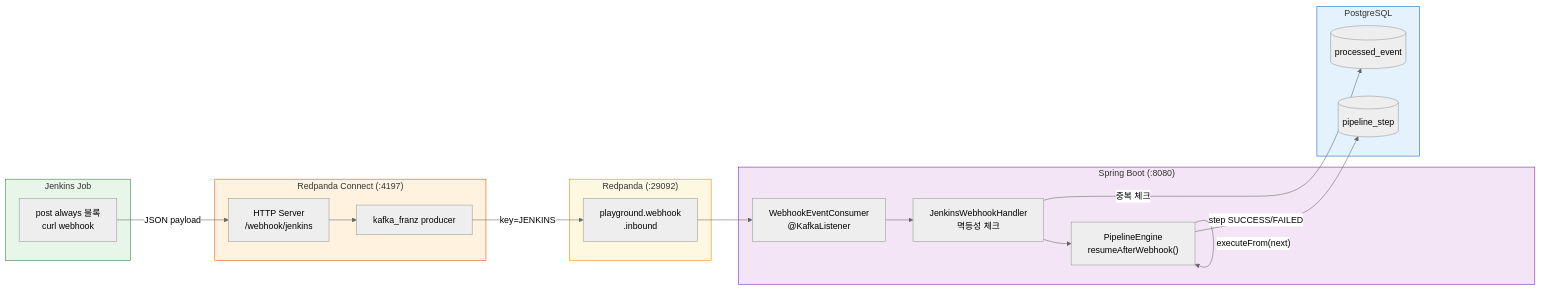
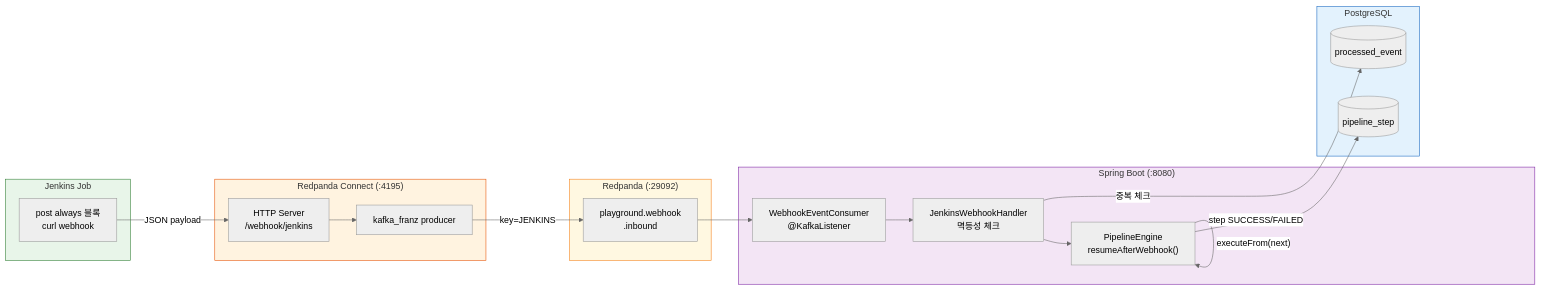
The fifth of 8 diagrams in docs/architecture.md (scofe97/Redpanda-PlayGround), drawn with Mermaid (neutral theme) before and after one commit. The commit also changed other lines of this file and 20 other files, not shown here.

````diff
--- a/docs/architecture.md
+++ b/docs/architecture.md
@@ -486,42 +486,42 @@
 ```mermaid
 flowchart LR
     subgraph Jenkins["Jenkins Job"]
         Post["post always 블록<br/>curl webhook"]
     end
 
-    subgraph Connect["Redpanda Connect (:4197)"]
+    subgraph Connect["Redpanda Connect (:4195)"]
         HTTP["HTTP Server<br/>/webhook/jenkins"]
         Produce["kafka_franz producer"]
     end
 
     subgraph Redpanda["Redpanda (:29092)"]
         Topic["playground.webhook<br/>.inbound"]
     end
 
     subgraph Spring["Spring Boot (:8080)"]
         WC["WebhookEventConsumer<br/>@KafkaListener"]
         WH["JenkinsWebhookHandler<br/>멱등성 체크"]
         PE["PipelineEngine<br/>resumeAfterWebhook()"]
     end
 
     subgraph DB["PostgreSQL"]
         Idempotent[(processed_event)]
         Steps[(pipeline_step)]
     end
 
     Post -->|"JSON payload"| HTTP
     HTTP --> Produce
     Produce -->|"key=JENKINS"| Topic
     Topic --> WC
     WC --> WH
     WH -->|"중복 체크"| Idempotent
     WH --> PE
     PE -->|"step SUCCESS/FAILED"| Steps
     PE -->|"executeFrom(next)"| PE
 
     style Jenkins fill:#e8f5e9,stroke:#2e7d32,color:#333
     style Connect fill:#fff3e0,stroke:#e65100,color:#333
     style Redpanda fill:#fff8e1,stroke:#f57f17,color:#333
     style Spring fill:#f3e5f5,stroke:#7b1fa2,color:#333
     style DB fill:#e3f2fd,stroke:#1565c0,color:#333
 ```
````
